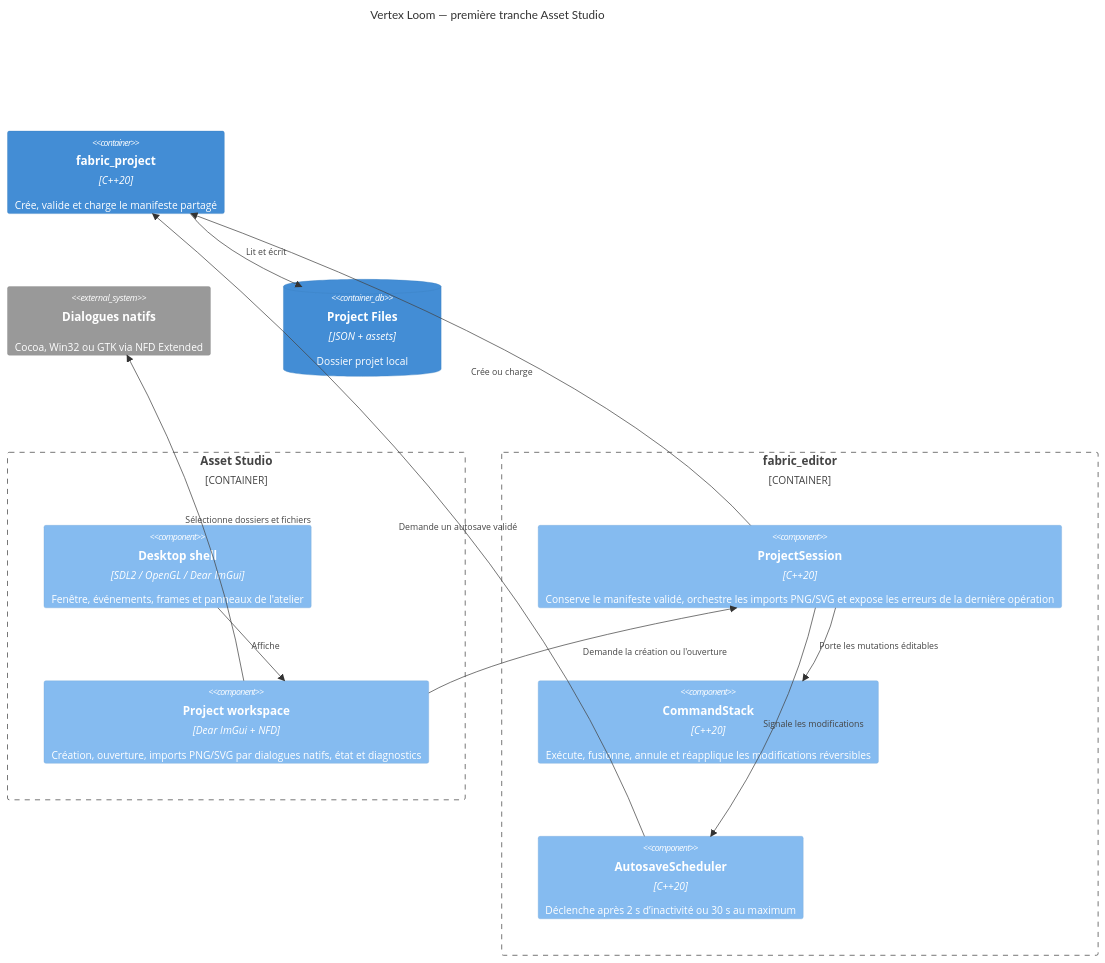
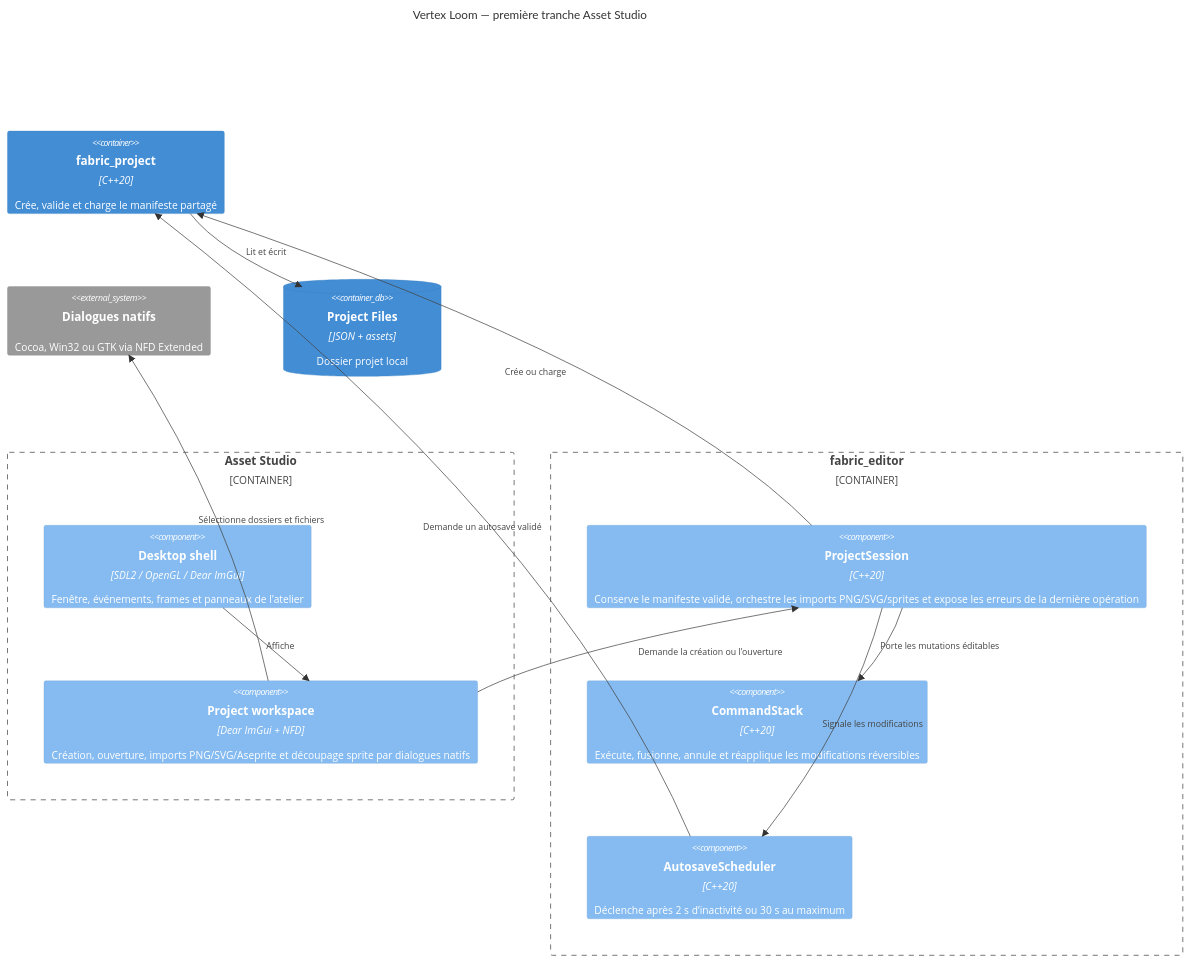
Before and after one commit to tristan-monticelli/vertex-loom: the diagram in docs/architecture/components/editor-shell.md, drawn with Mermaid. The commit also changed other lines of this file and 5 other files, not shown here.

Commit message:
docs(architecture): define sprite import pipeline

````diff
--- a/docs/architecture/components/editor-shell.md
+++ b/docs/architecture/components/editor-shell.md
@@ -3,24 +3,24 @@
 ```mermaid
 C4Component
     title Vertex Loom — première tranche Asset Studio
     Container_Boundary(asset, "Asset Studio") {
         Component(shell, "Desktop shell", "SDL2 / OpenGL / Dear ImGui", "Fenêtre, événements, frames et panneaux de l'atelier")
-        Component(project_ui, "Project workspace", "Dear ImGui + NFD", "Création, ouverture, imports PNG/SVG par dialogues natifs, état et diagnostics")
+        Component(project_ui, "Project workspace", "Dear ImGui + NFD", "Création, ouverture, imports PNG/SVG/Aseprite et découpage sprite par dialogues natifs")
     }
     Container_Boundary(editor, "fabric_editor") {
-        Component(session, "ProjectSession", "C++20", "Conserve le manifeste validé, orchestre les imports PNG/SVG et expose les erreurs de la dernière opération")
+        Component(session, "ProjectSession", "C++20", "Conserve le manifeste validé, orchestre les imports PNG/SVG/sprites et expose les erreurs de la dernière opération")
         Component(history, "CommandStack", "C++20", "Exécute, fusionne, annule et réapplique les modifications réversibles")
         Component(scheduler, "AutosaveScheduler", "C++20", "Déclenche après 2 s d’inactivité ou 30 s au maximum")
     }
     Container(project, "fabric_project", "C++20", "Crée, valide et charge le manifeste partagé")
     System_Ext(dialogs, "Dialogues natifs", "Cocoa, Win32 ou GTK via NFD Extended")
     ContainerDb(files, "Project Files", "JSON + assets", "Dossier projet local")
     Rel(shell, project_ui, "Affiche")
     Rel(project_ui, session, "Demande la création ou l'ouverture")
     Rel(project_ui, dialogs, "Sélectionne dossiers et fichiers")
     Rel(session, project, "Crée ou charge")
     Rel(session, history, "Porte les mutations éditables")
     Rel(session, scheduler, "Signale les modifications")
     Rel(scheduler, project, "Demande un autosave validé")
     Rel(project, files, "Lit et écrit")
 ```
````
